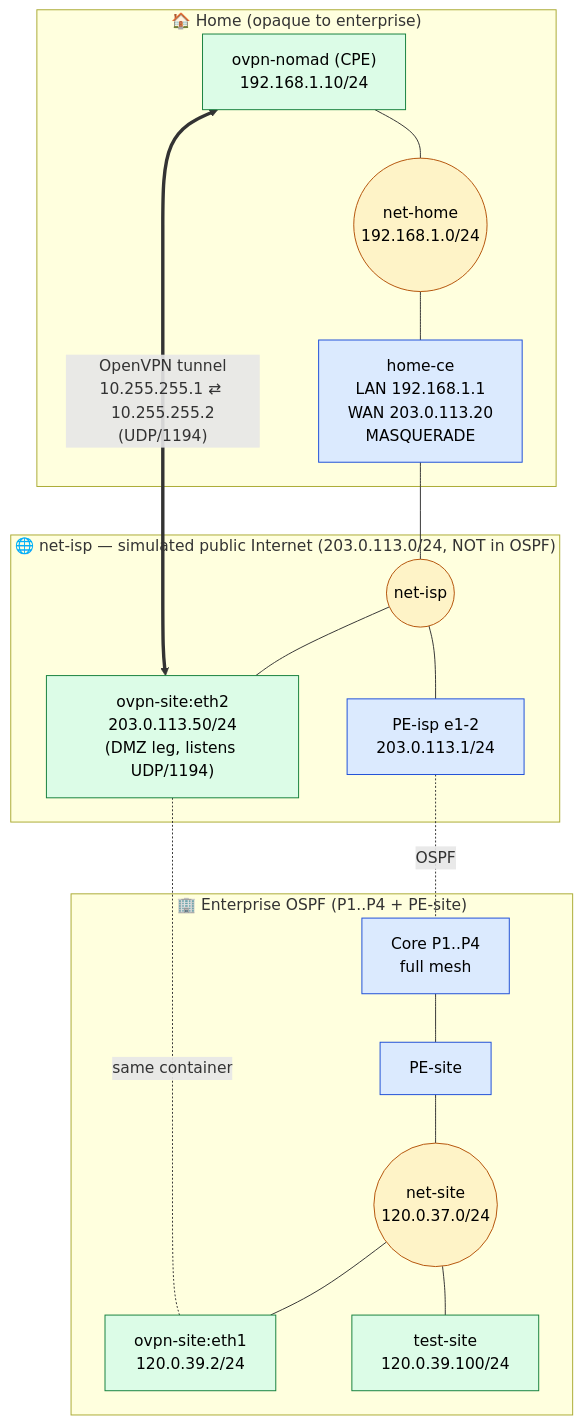
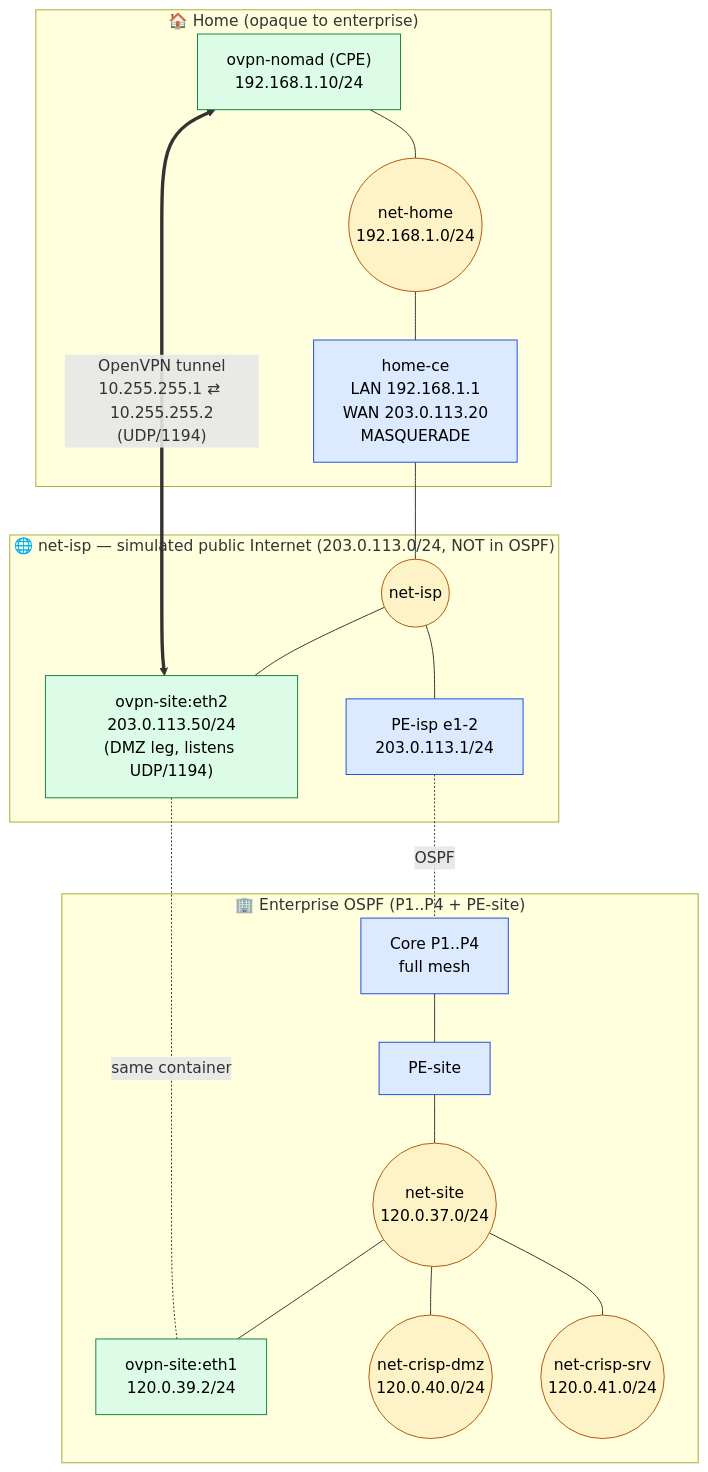
One commit to yfgrepcat/CrISP changed the diagram in vpn/README.md. Above: the diagram before and after it, drawn with Mermaid. The commit also changed other lines of this file and 12 other files, not shown here.

````diff
--- a/vpn/README.md
+++ b/vpn/README.md
@@ -11,41 +11,44 @@
 ```mermaid
 flowchart TB
     subgraph home["🏠 Home (opaque to enterprise)"]
         nomad["ovpn-nomad (CPE)<br/>192.168.1.10/24"]
         neth(("net-home<br/>192.168.1.0/24"))
         ce["home-ce<br/>LAN 192.168.1.1<br/>WAN 203.0.113.20<br/>MASQUERADE"]
         nomad --- neth --- ce
     end
 
     subgraph public["🌐 net-isp — simulated public Internet (203.0.113.0/24, NOT in OSPF)"]
         nisp(("net-isp"))
         peisp["PE-isp e1-2<br/>203.0.113.1/24"]
         sitepub["ovpn-site:eth2<br/>203.0.113.50/24<br/>(DMZ leg, listens UDP/1194)"]
         nisp --- peisp
         nisp --- sitepub
     end
 
     subgraph ent["🏢 Enterprise OSPF (P1..P4 + PE-site)"]
         core["Core P1..P4<br/>full mesh"]
         pesite["PE-site"]
         nsite(("net-site<br/>120.0.37.0/24"))
         siteint["ovpn-site:eth1<br/>120.0.39.2/24"]
-        testsite["test-site<br/>120.0.39.100/24"]
+      dmvlnet(("net-crisp-dmz<br/>120.0.40.0/24"))
+      srvnet(("net-crisp-srv<br/>120.0.41.0/24"))
         peisp -. OSPF .- core
         core --- pesite --- nsite
         nsite --- siteint
-        nsite --- testsite
+      nsite --- dmvlnet
+      nsite --- srvnet
     end
 
     ce --- nisp
     sitepub -. same container .- siteint
 
     nomad <== "OpenVPN tunnel<br/>10.255.255.1 ⇄ 10.255.255.2<br/>(UDP/1194)" ==> sitepub
 
     classDef bridge fill:#fef3c7,stroke:#b45309,color:#000;
     classDef router fill:#dbeafe,stroke:#1d4ed8,color:#000;
     classDef host fill:#dcfce7,stroke:#15803d,color:#000;
     class neth,nisp,nsite bridge;
     class peisp,core,pesite,ce router;
-    class nomad,sitepub,siteint,testsite host;
+    class nomad,sitepub,siteint host;
+    class dmvlnet,srvnet bridge;
 ```
````
